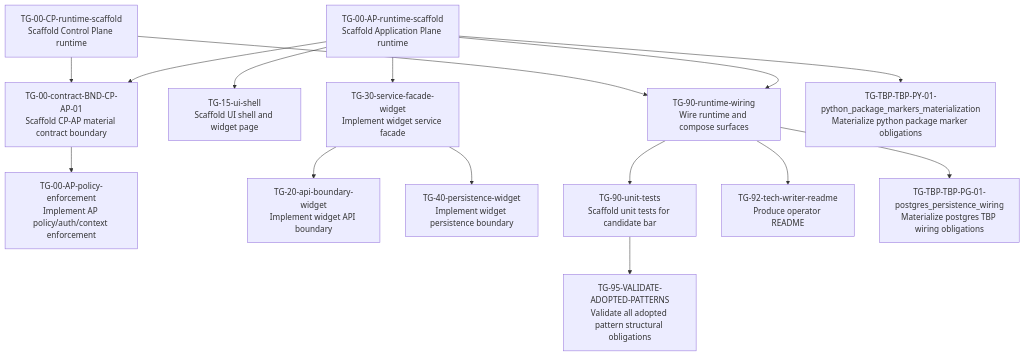
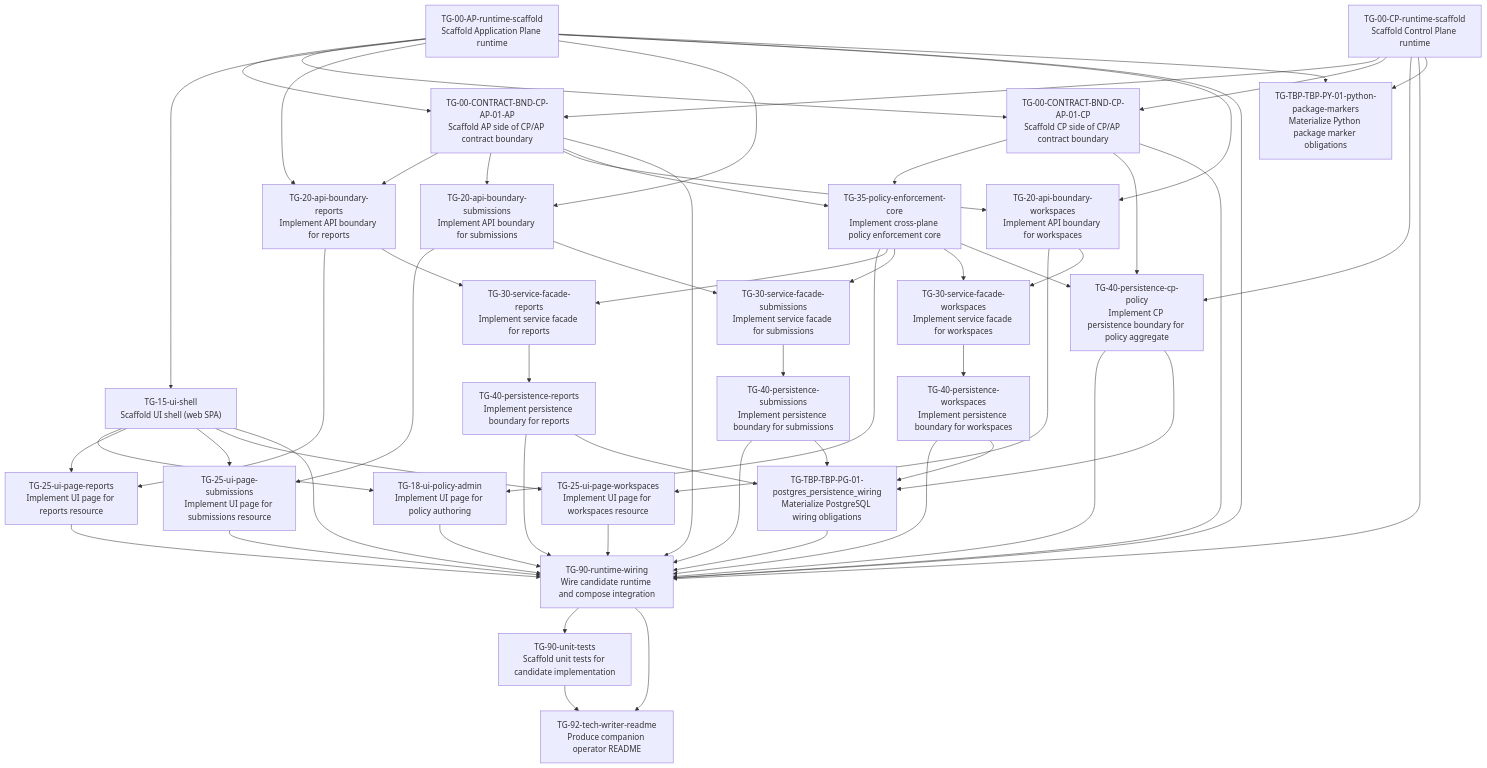
One commit to arylwen/caf changed the diagram in reference_architectures/codex-saas/design/playbook/task_plan_v1.md. Above: the diagram before and after it, drawn with Mermaid. The commit also changed other lines of this file and 327 other files, not shown here.

Commit message:
Sample reference architecture

````diff
--- a/reference_architectures/codex-saas/design/playbook/task_plan_v1.md
+++ b/reference_architectures/codex-saas/design/playbook/task_plan_v1.md
@@ -7,31 +7,84 @@
 ```mermaid
 flowchart TD
-  TG_00_AP_policy_enforcement["TG-00-AP-policy-enforcement<br/>Implement AP policy/auth/context enforcement"]
   TG_00_AP_runtime_scaffold["TG-00-AP-runtime-scaffold<br/>Scaffold Application Plane runtime"]
-  TG_00_contract_BND_CP_AP_01["TG-00-contract-BND-CP-AP-01<br/>Scaffold CP-AP material contract boundary"]
+  TG_00_CONTRACT_BND_CP_AP_01_AP["TG-00-CONTRACT-BND-CP-AP-01-AP<br/>Scaffold AP side of CP/AP contract boundary"]
+  TG_00_CONTRACT_BND_CP_AP_01_CP["TG-00-CONTRACT-BND-CP-AP-01-CP<br/>Scaffold CP side of CP/AP contract boundary"]
   TG_00_CP_runtime_scaffold["TG-00-CP-runtime-scaffold<br/>Scaffold Control Plane runtime"]
-  TG_15_ui_shell["TG-15-ui-shell<br/>Scaffold UI shell and widget page"]
-  TG_20_api_boundary_widget["TG-20-api-boundary-widget<br/>Implement widget API boundary"]
-  TG_30_service_facade_widget["TG-30-service-facade-widget<br/>Implement widget service facade"]
-  TG_40_persistence_widget["TG-40-persistence-widget<br/>Implement widget persistence boundary"]
-  TG_90_runtime_wiring["TG-90-runtime-wiring<br/>Wire runtime and compose surfaces"]
-  TG_90_unit_tests["TG-90-unit-tests<br/>Scaffold unit tests for candidate bar"]
-  TG_92_tech_writer_readme["TG-92-tech-writer-readme<br/>Produce operator README"]
-  TG_95_VALIDATE_ADOPTED_PATTERNS["TG-95-VALIDATE-ADOPTED-PATTERNS<br/>Validate all adopted pattern structural obligations"]
-  TG_TBP_TBP_PG_01_postgres_persistence_wiring["TG-TBP-TBP-PG-01-postgres_persistence_wiring<br/>Materialize postgres TBP wiring obligations"]
-  TG_TBP_TBP_PY_01_python_package_markers_materialization["TG-TBP-TBP-PY-01-python_package_markers_materialization<br/>Materialize python package marker obligations"]
-  TG_00_AP_runtime_scaffold --> TG_00_contract_BND_CP_AP_01
+  TG_15_ui_shell["TG-15-ui-shell<br/>Scaffold UI shell (web SPA)"]
+  TG_18_ui_policy_admin["TG-18-ui-policy-admin<br/>Implement UI page for policy authoring"]
+  TG_20_api_boundary_reports["TG-20-api-boundary-reports<br/>Implement API boundary for reports"]
+  TG_20_api_boundary_submissions["TG-20-api-boundary-submissions<br/>Implement API boundary for submissions"]
+  TG_20_api_boundary_workspaces["TG-20-api-boundary-workspaces<br/>Implement API boundary for workspaces"]
+  TG_25_ui_page_reports["TG-25-ui-page-reports<br/>Implement UI page for reports resource"]
+  TG_25_ui_page_submissions["TG-25-ui-page-submissions<br/>Implement UI page for submissions resource"]
+  TG_25_ui_page_workspaces["TG-25-ui-page-workspaces<br/>Implement UI page for workspaces resource"]
+  TG_30_service_facade_reports["TG-30-service-facade-reports<br/>Implement service facade for reports"]
+  TG_30_service_facade_submissions["TG-30-service-facade-submissions<br/>Implement service facade for submissions"]
+  TG_30_service_facade_workspaces["TG-30-service-facade-workspaces<br/>Implement service facade for workspaces"]
+  TG_35_policy_enforcement_core["TG-35-policy-enforcement-core<br/>Implement cross-plane policy enforcement core"]
+  TG_40_persistence_cp_policy["TG-40-persistence-cp-policy<br/>Implement CP persistence boundary for policy aggregate"]
+  TG_40_persistence_reports["TG-40-persistence-reports<br/>Implement persistence boundary for reports"]
+  TG_40_persistence_submissions["TG-40-persistence-submissions<br/>Implement persistence boundary for submissions"]
+  TG_40_persistence_workspaces["TG-40-persistence-workspaces<br/>Implement persistence boundary for workspaces"]
+  TG_90_runtime_wiring["TG-90-runtime-wiring<br/>Wire candidate runtime and compose integration"]
+  TG_90_unit_tests["TG-90-unit-tests<br/>Scaffold unit tests for candidate implementation"]
+  TG_92_tech_writer_readme["TG-92-tech-writer-readme<br/>Produce companion operator README"]
+  TG_TBP_TBP_PG_01_postgres_persistence_wiring["TG-TBP-TBP-PG-01-postgres_persistence_wiring<br/>Materialize PostgreSQL wiring obligations"]
+  TG_TBP_TBP_PY_01_python_package_markers["TG-TBP-TBP-PY-01-python-package-markers<br/>Materialize Python package marker obligations"]
+  TG_00_AP_runtime_scaffold --> TG_00_CONTRACT_BND_CP_AP_01_AP
+  TG_00_AP_runtime_scaffold --> TG_00_CONTRACT_BND_CP_AP_01_CP
   TG_00_AP_runtime_scaffold --> TG_15_ui_shell
-  TG_00_AP_runtime_scaffold --> TG_30_service_facade_widget
+  TG_00_AP_runtime_scaffold --> TG_20_api_boundary_reports
+  TG_00_AP_runtime_scaffold --> TG_20_api_boundary_submissions
+  TG_00_AP_runtime_scaffold --> TG_20_api_boundary_workspaces
   TG_00_AP_runtime_scaffold --> TG_90_runtime_wiring
-  TG_00_AP_runtime_scaffold --> TG_TBP_TBP_PY_01_python_package_markers_materialization
-  TG_00_contract_BND_CP_AP_01 --> TG_00_AP_policy_enforcement
-  TG_00_CP_runtime_scaffold --> TG_00_contract_BND_CP_AP_01
+  TG_00_AP_runtime_scaffold --> TG_TBP_TBP_PY_01_python_package_markers
+  TG_00_CONTRACT_BND_CP_AP_01_AP --> TG_20_api_boundary_reports
+  TG_00_CONTRACT_BND_CP_AP_01_AP --> TG_20_api_boundary_submissions
+  TG_00_CONTRACT_BND_CP_AP_01_AP --> TG_20_api_boundary_workspaces
+  TG_00_CONTRACT_BND_CP_AP_01_AP --> TG_35_policy_enforcement_core
+  TG_00_CONTRACT_BND_CP_AP_01_AP --> TG_90_runtime_wiring
+  TG_00_CONTRACT_BND_CP_AP_01_CP --> TG_35_policy_enforcement_core
+  TG_00_CONTRACT_BND_CP_AP_01_CP --> TG_40_persistence_cp_policy
+  TG_00_CONTRACT_BND_CP_AP_01_CP --> TG_90_runtime_wiring
+  TG_00_CP_runtime_scaffold --> TG_00_CONTRACT_BND_CP_AP_01_AP
+  TG_00_CP_runtime_scaffold --> TG_00_CONTRACT_BND_CP_AP_01_CP
+  TG_00_CP_runtime_scaffold --> TG_40_persistence_cp_policy
   TG_00_CP_runtime_scaffold --> TG_90_runtime_wiring
-  TG_30_service_facade_widget --> TG_20_api_boundary_widget
-  TG_30_service_facade_widget --> TG_40_persistence_widget
+  TG_00_CP_runtime_scaffold --> TG_TBP_TBP_PY_01_python_package_markers
+  TG_15_ui_shell --> TG_18_ui_policy_admin
+  TG_15_ui_shell --> TG_25_ui_page_reports
+  TG_15_ui_shell --> TG_25_ui_page_submissions
+  TG_15_ui_shell --> TG_25_ui_page_workspaces
+  TG_15_ui_shell --> TG_90_runtime_wiring
+  TG_18_ui_policy_admin --> TG_90_runtime_wiring
+  TG_20_api_boundary_reports --> TG_25_ui_page_reports
+  TG_20_api_boundary_reports --> TG_30_service_facade_reports
+  TG_20_api_boundary_submissions --> TG_25_ui_page_submissions
+  TG_20_api_boundary_submissions --> TG_30_service_facade_submissions
+  TG_20_api_boundary_workspaces --> TG_25_ui_page_workspaces
+  TG_20_api_boundary_workspaces --> TG_30_service_facade_workspaces
+  TG_25_ui_page_reports --> TG_90_runtime_wiring
+  TG_25_ui_page_submissions --> TG_90_runtime_wiring
+  TG_25_ui_page_workspaces --> TG_90_runtime_wiring
+  TG_30_service_facade_reports --> TG_40_persistence_reports
+  TG_30_service_facade_submissions --> TG_40_persistence_submissions
+  TG_30_service_facade_workspaces --> TG_40_persistence_workspaces
+  TG_35_policy_enforcement_core --> TG_18_ui_policy_admin
+  TG_35_policy_enforcement_core --> TG_30_service_facade_reports
+  TG_35_policy_enforcement_core --> TG_30_service_facade_submissions
+  TG_35_policy_enforcement_core --> TG_30_service_facade_workspaces
+  TG_35_policy_enforcement_core --> TG_40_persistence_cp_policy
+  TG_40_persistence_cp_policy --> TG_90_runtime_wiring
+  TG_40_persistence_cp_policy --> TG_TBP_TBP_PG_01_postgres_persistence_wiring
+  TG_40_persistence_reports --> TG_90_runtime_wiring
+  TG_40_persistence_reports --> TG_TBP_TBP_PG_01_postgres_persistence_wiring
+  TG_40_persistence_submissions --> TG_90_runtime_wiring
+  TG_40_persistence_submissions --> TG_TBP_TBP_PG_01_postgres_persistence_wiring
+  TG_40_persistence_workspaces --> TG_90_runtime_wiring
+  TG_40_persistence_workspaces --> TG_TBP_TBP_PG_01_postgres_persistence_wiring
   TG_90_runtime_wiring --> TG_90_unit_tests
   TG_90_runtime_wiring --> TG_92_tech_writer_readme
-  TG_90_runtime_wiring --> TG_TBP_TBP_PG_01_postgres_persistence_wiring
-  TG_90_unit_tests --> TG_95_VALIDATE_ADOPTED_PATTERNS
+  TG_90_unit_tests --> TG_92_tech_writer_readme
+  TG_TBP_TBP_PG_01_postgres_persistence_wiring --> TG_90_runtime_wiring
 ```
````
